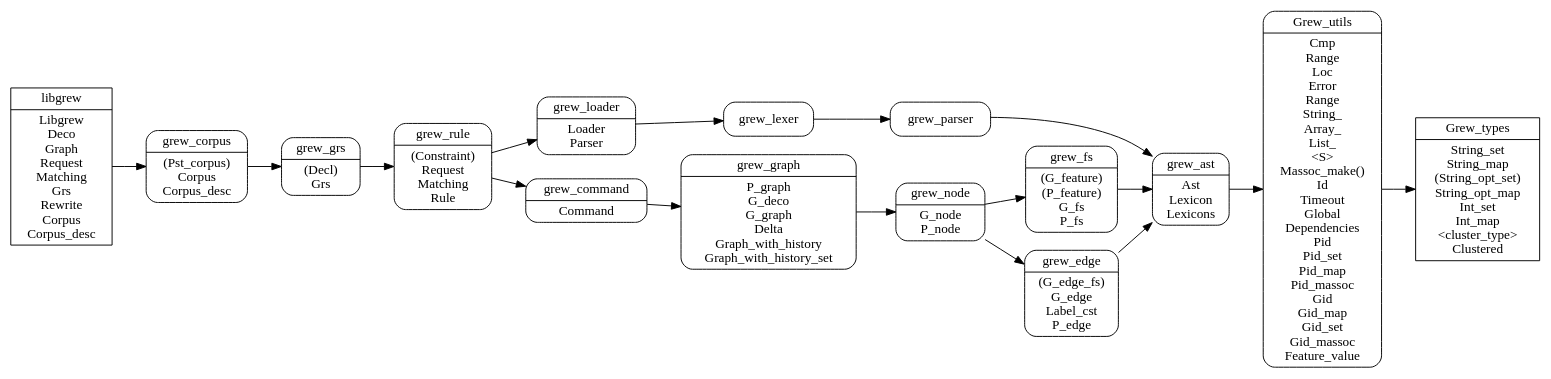
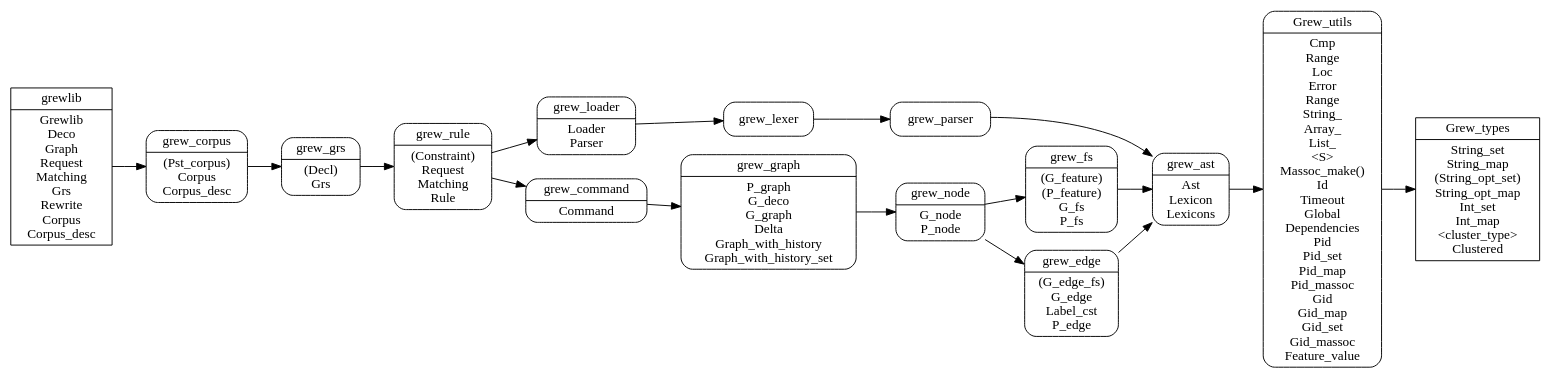
Before and after one commit to grew-nlp/grewlib: the diagram in dev/arch.dot, drawn with Graphviz. The commit also changed 11 other files, not shown here.

```diff
--- a/dev/arch.dot
+++ b/dev/arch.dot
@@ -1,30 +1,30 @@
 digraph grew {
   node [shape=Mrecord];
   rankdir = LR;
   Grew_types [fillcolor=yellow, shape=record, label="Grew_types|String_set\nString_map\n(String_opt_set)\nString_opt_map\nInt_set\nInt_map\n&lt;cluster_type&gt;\nClustered"]
   Grew_utils [label="Grew_utils|Cmp\nRange\nLoc\nError\nRange\nString_\nArray_\nList_\n&lt;S&gt;\nMassoc_make()\nId\nTimeout\nGlobal\nDependencies\nPid\nPid_set\nPid_map\nPid_massoc\nGid\nGid_map\nGid_set\nGid_massoc\nFeature_value"]
   grew_ast [label="grew_ast|Ast\nLexicon\nLexicons"]
   grew_loader [label="grew_loader|Loader\nParser"]
   grew_fs [label="grew_fs|(G_feature)\n(P_feature)\nG_fs\nP_fs"]
   grew_edge [label="grew_edge|(G_edge_fs)\nG_edge\nLabel_cst\nP_edge"]
   grew_node [label="grew_node|G_node\nP_node"]
   grew_command [label="grew_command|Command"]
   grew_graph [label="grew_graph|P_graph\nG_deco\nG_graph\nDelta\nGraph_with_history\nGraph_with_history_set"]
   grew_rule [label="grew_rule|(Constraint)\nRequest\nMatching\nRule"]
   grew_grs [label="grew_grs|(Decl)\nGrs"]
   grew_corpus [label="grew_corpus|(Pst_corpus)\nCorpus\nCorpus_desc"]
-  libgrew [fillcolor=yellow, shape=record, label="libgrew|Libgrew\nDeco\nGraph\nRequest\nMatching\nGrs\nRewrite\nCorpus\nCorpus_desc"]
+  grewlib [fillcolor=yellow, shape=record, label="grewlib|Grewlib\nDeco\nGraph\nRequest\nMatching\nGrs\nRewrite\nCorpus\nCorpus_desc"]
 grew_ast -> Grew_utils -> Grew_types
 grew_edge -> grew_ast
 grew_fs -> grew_ast
 grew_command -> grew_graph
 grew_node -> grew_edge
 grew_node -> grew_fs
 grew_graph -> grew_node
 grew_rule -> grew_command
 grew_grs -> grew_rule
 grew_rule -> grew_loader -> grew_lexer -> grew_parser -> grew_ast
 grew_corpus -> grew_grs
-libgrew -> grew_corpus
+grewlib -> grew_corpus
 
 }
```
